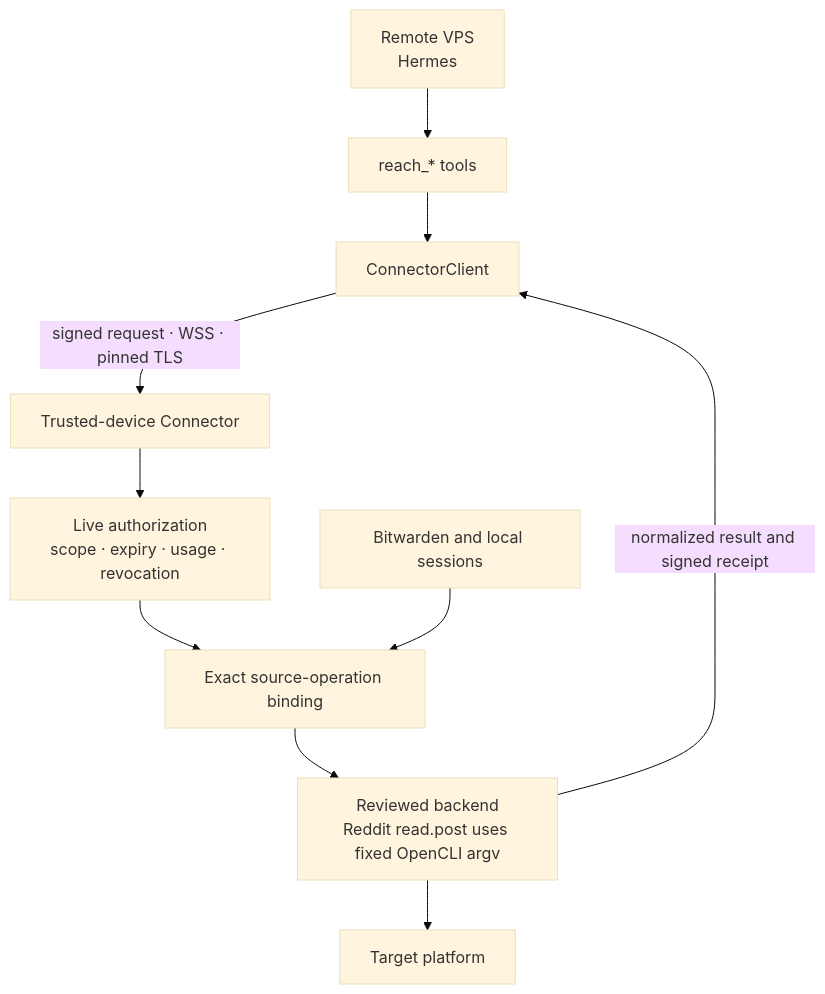
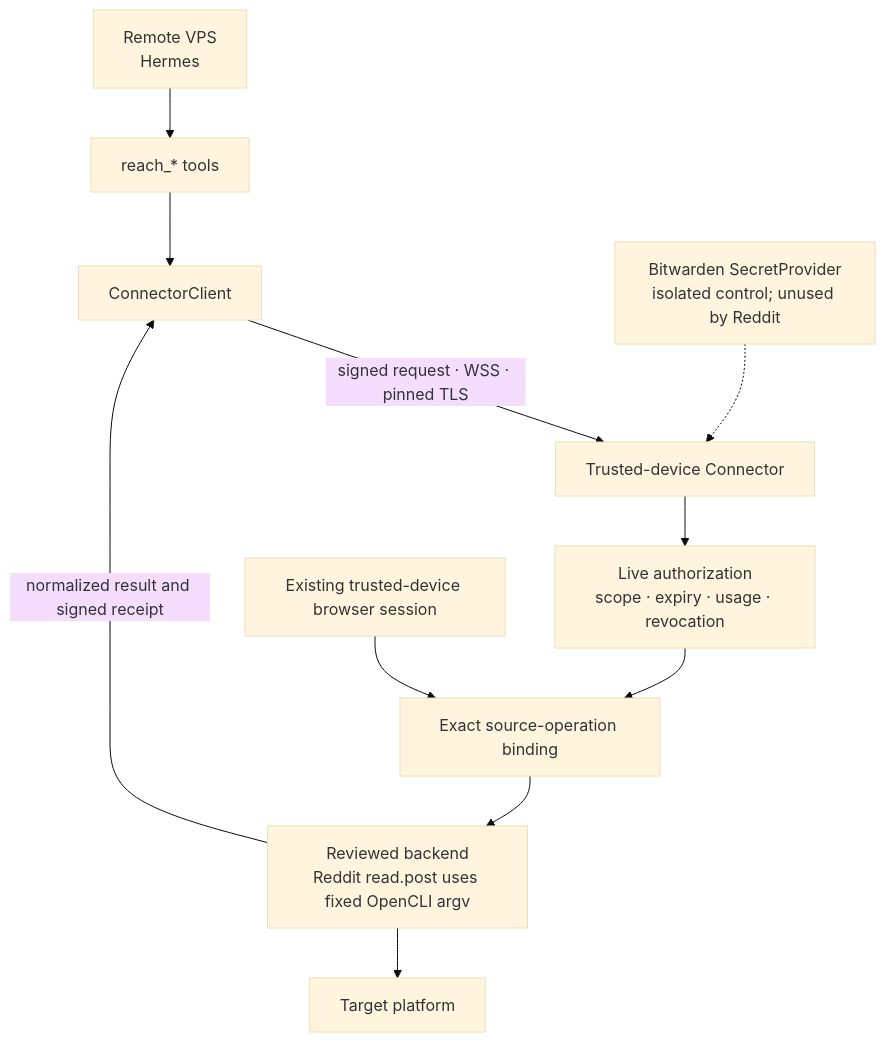
The second of 2 diagrams in README_EN.md (izumi0uu/hermes-reach), drawn with Mermaid (base theme) before and after one commit. The commit also changed other lines of this file and 29 other files, not shown here.

````diff
--- a/README_EN.md
+++ b/README_EN.md
@@ -198,12 +207,13 @@
 ```mermaid
 flowchart TD
     VPS["Remote VPS<br/>Hermes"] --> Tools["reach_* tools"]
     Tools --> Client["ConnectorClient"]
     Client -->|"signed request · WSS · pinned TLS"| Service["Trusted-device Connector"]
     Service --> Grant["Live authorization<br/>scope · expiry · usage · revocation"]
     Grant --> Binding["Exact source-operation binding"]
-    Secrets["Bitwarden and local sessions"] --> Binding
+    Session["Existing trusted-device browser session"] --> Binding
+    Secrets["Bitwarden SecretProvider<br/>isolated control; unused by Reddit"] -.-> Service
     Binding --> Backend["Reviewed backend<br/>Reddit read.post uses fixed OpenCLI argv"]
     Backend --> Platform["Target platform"]
     Backend -->|"normalized result and signed receipt"| Client
 ```
````
